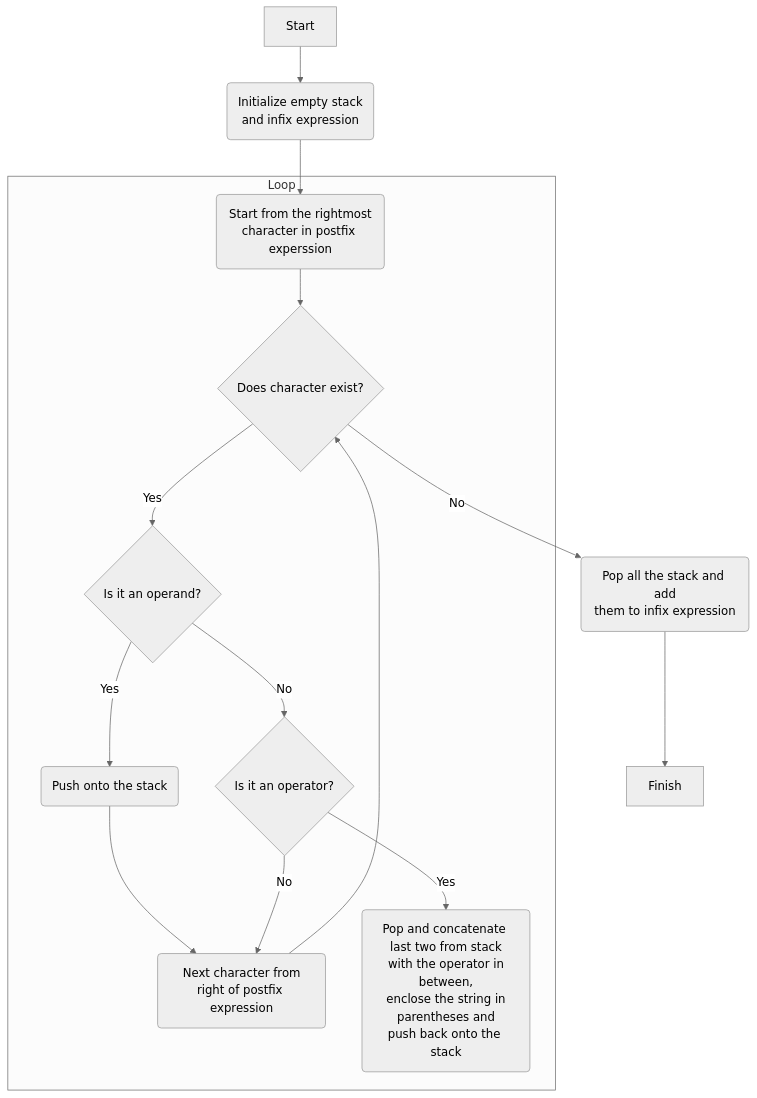
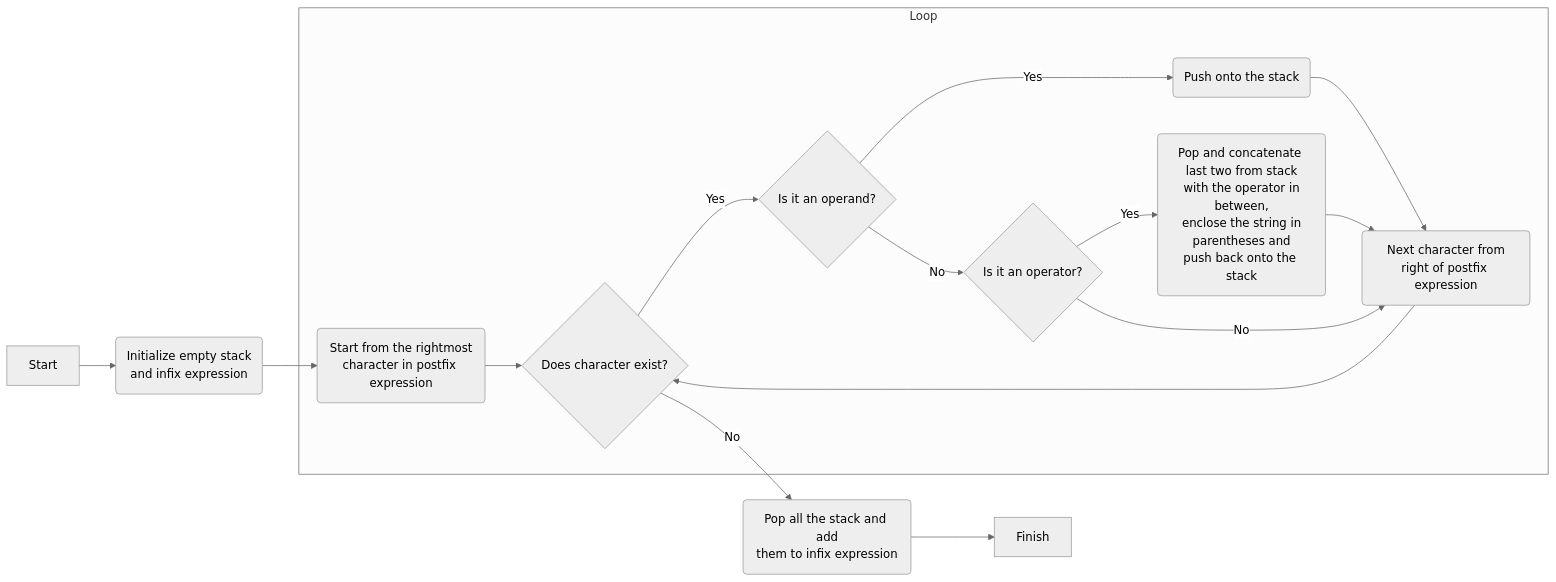
The fifth of 6 diagrams in README.md (bornalgo/cpp-expression-conversions), drawn with Mermaid (neutral theme) before and after one commit. The commit also changed other lines of this file, not shown here.

````diff
--- a/README.md
+++ b/README.md
@@ -504,18 +394,19 @@
 ```mermaid
-graph TD;
+graph LR;
 
 Start --> Initialize("Initialize empty stack\nand infix expression")
-Initialize --> LoopStart("Start from the rightmost\ncharacter in postfix experssion")
+Initialize --> LoopStart("Start from the rightmost\ncharacter in postfix expression")
 subgraph Loop
 LoopStart --> Exists{"Does character exist?"}
 Exists --> |Yes| IsOperand{"Is it an operand?"}
 IsOperand --> |Yes| Push("Push onto the stack")
 Push --> Next("Next character from\nright of postfix expression")
 IsOperand --> |No| IsOperator{"Is it an operator?"}
 IsOperator --> |Yes| Add("Pop and concatenate last two from stack\n with the operator in between,\n enclose the string in parentheses and\npush back onto the stack")
+Add --> Next
 IsOperator --> |No| Next
 Next --> Exists
 end
 Exists --> |No| LoopExit("Pop all the stack and add\nthem to infix expression")
 LoopExit --> Finish
 ```
````
